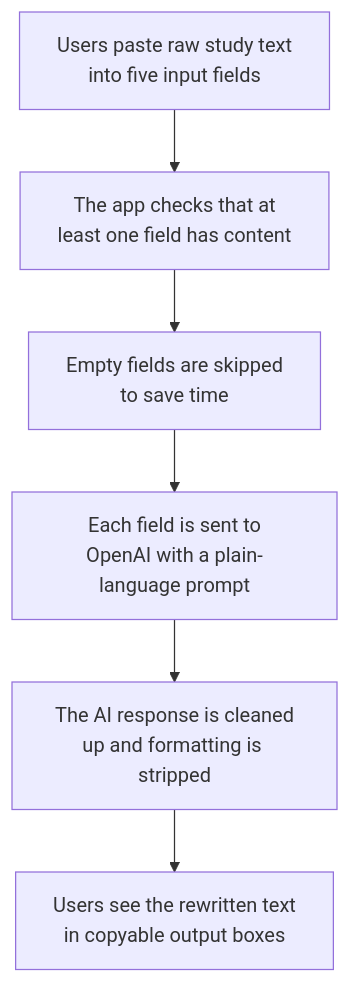
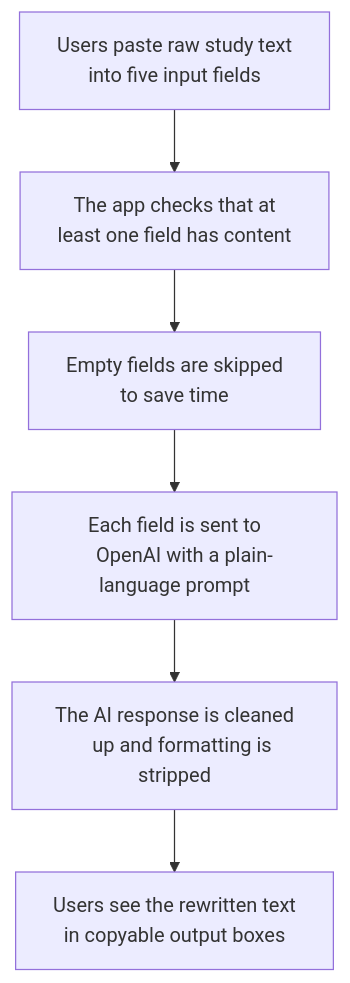
One commit to aliusora/rfm-optimization-assistant changed the first of 2 diagrams in README.md. Above: the diagram before and after it, drawn with Mermaid. The commit also changed other lines of this file, not shown here.

Commit message:
Improve README formatting for better readability in flowcharts

````diff
--- a/README.md
+++ b/README.md
@@ -23,8 +23,14 @@
 ```mermaid
 flowchart TD
-    A["Users paste raw study text\ninto five input fields"] --> B["The app checks that at\nleast one field has content"]
-    B --> C["Empty fields are skipped\nto save time"]
-    C --> D["Each field is sent to\nOpenAI with a plain-language prompt"]
-    D --> E["The AI response is cleaned\nup and formatting is stripped"]
-    E --> F["Users see the rewritten text\nin copyable output boxes"]
+    A["Users paste raw study text
+    into five input fields"] --> B["The app checks that at
+    least one field has content"]
+    B --> C["Empty fields are skipped
+    to save time"]
+    C --> D["Each field is sent to
+    OpenAI with a plain-language prompt"]
+    D --> E["The AI response is cleaned
+    up and formatting is stripped"]
+    E --> F["Users see the rewritten text
+    in copyable output boxes"]
 ```
````
